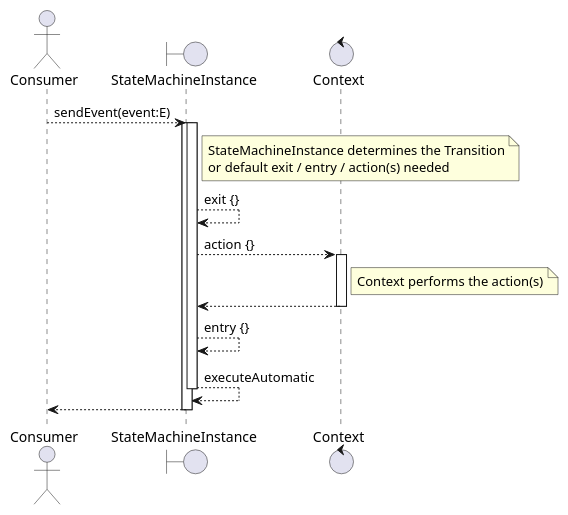
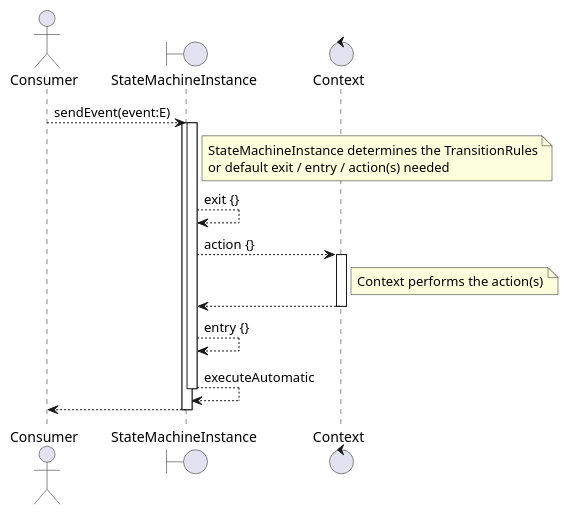
Before and after one commit to open-jumpco/kfsm: the diagram in src/doc/plantuml/statemachine_sequence.plantuml, drawn with PlantUML. The commit also changed 5 other files, not shown here.

```diff
--- a/src/doc/plantuml/statemachine_sequence.plantuml
+++ b/src/doc/plantuml/statemachine_sequence.plantuml
@@ -1,28 +1,28 @@
 @startuml
 
 actor Consumer
 boundary StateMachineInstance
 control Context
 
 Consumer ----> StateMachineInstance : sendEvent(event:E)
 
     activate StateMachineInstance
     note right of StateMachineInstance
-        StateMachineInstance determines the Transition
+        StateMachineInstance determines the TransitionRules
         or default exit / entry / action(s) needed
     end note
     activate StateMachineInstance
     StateMachineInstance ----> StateMachineInstance : exit {}
     StateMachineInstance ----> Context : action {}
     activate Context
     note right of Context
         Context performs the action(s)
     end note
     Context ---->  StateMachineInstance
     deactivate Context
     StateMachineInstance ----> StateMachineInstance : entry {}
     StateMachineInstance ----> StateMachineInstance : executeAutomatic
     deactivate StateMachineInstance
     return
 
 @enduml
```
